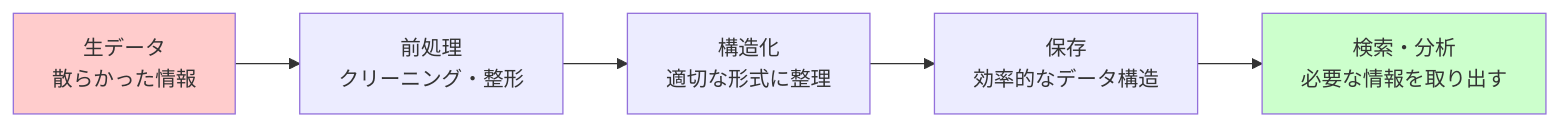
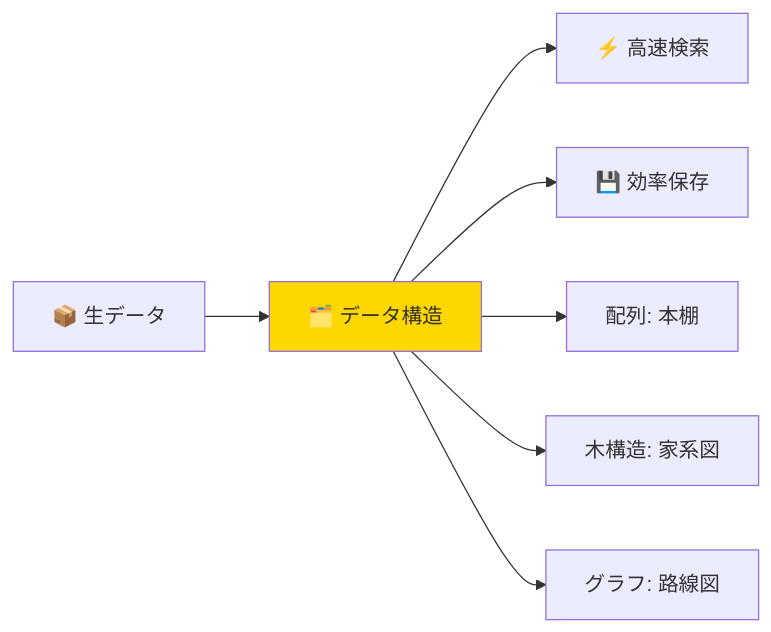
The fourth of 20 diagrams in AI/BySpecialty/InformationScience/README.MD (SparklingDetergent/doc_genai_mental_model), drawn with Mermaid before and after one commit. The commit also changed other lines of this file, not shown here.

````diff
--- a/AI/BySpecialty/InformationScience/README.MD
+++ b/AI/BySpecialty/InformationScience/README.MD
@@ -167,10 +120,12 @@
 ```mermaid
 graph LR
-    A[生データ<br/>散らかった情報] --> B[前処理<br/>クリーニング・整形]
-    B --> C[構造化<br/>適切な形式に整理]
-    C --> D[保存<br/>効率的なデータ構造]
-    D --> E[検索・分析<br/>必要な情報を取り出す]
+    A[📦 生データ] --> B[🗂️ データ構造]
+    B --> C[⚡ 高速検索]
+    B --> D[💾 効率保存]
     
-    style A fill:#ffcccc
-    style E fill:#ccffcc
+    B --> E1[配列: 本棚]
+    B --> E2[木構造: 家系図]
+    B --> E3[グラフ: 路線図]
+    
+    style B fill:#FFD700
 ```
````
